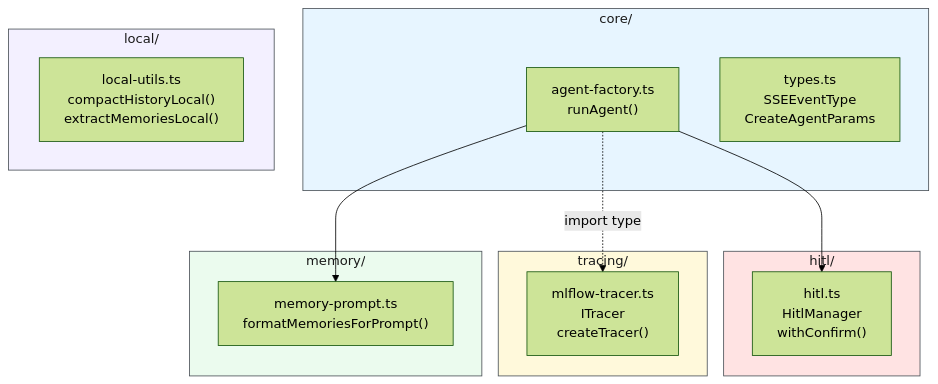
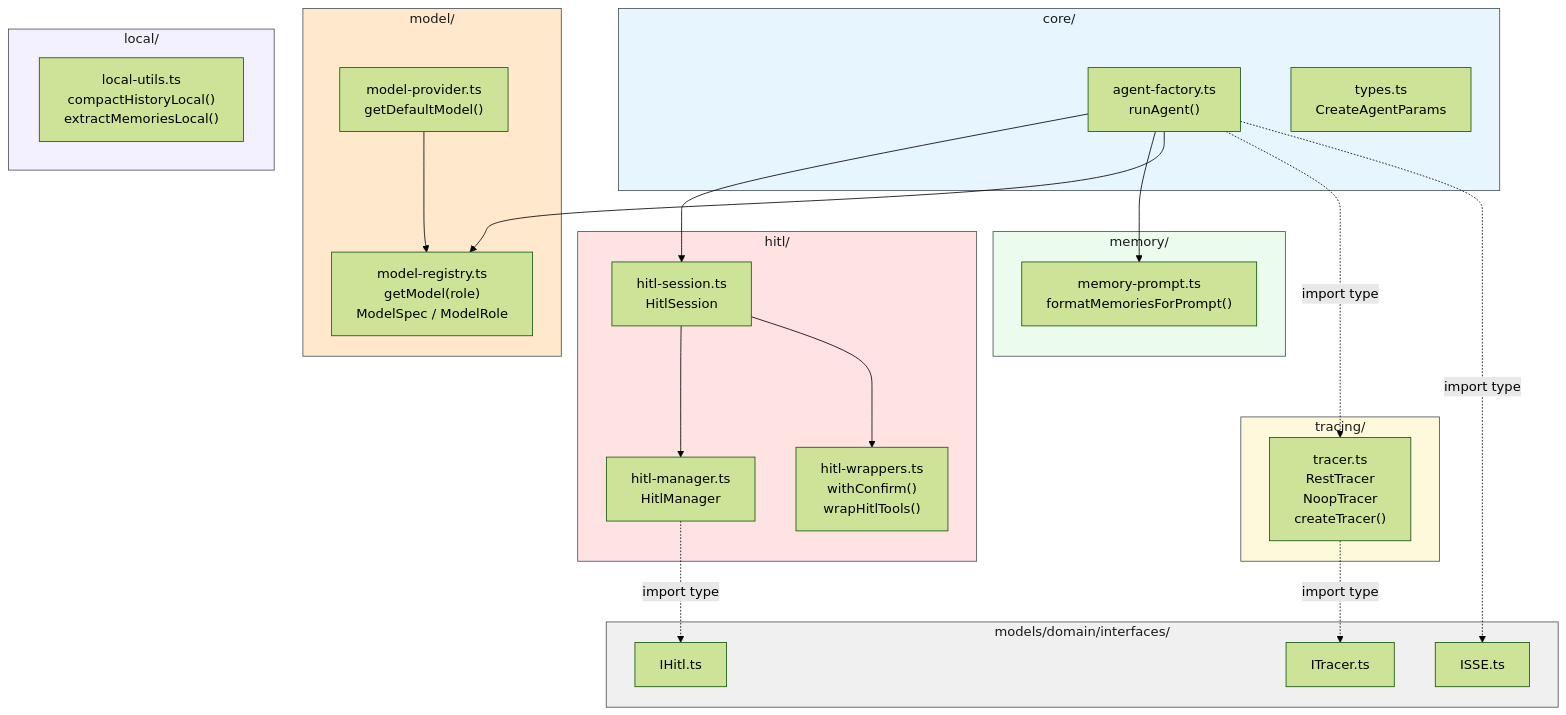
The first of 4 diagrams in src/agent/CLAUDE.md (yjzaaa/leave-approval-agent), drawn with Mermaid (forest theme) before and after one commit. The commit also changed other lines of this file and 26 other files, not shown here.

First line of the commit message:
refactor: agent 层拆分 + 纯类型迁移到 domain + 多模型注册表

````diff
--- a/src/agent/CLAUDE.md
+++ b/src/agent/CLAUDE.md
@@ -30,33 +43,56 @@
 ```mermaid
 graph TD
     subgraph Core["core/"]
         Factory["agent-factory.ts<br/>runAgent()"]
-        Types["types.ts<br/>SSEEventType<br/>CreateAgentParams"]
+        Types["types.ts<br/>CreateAgentParams"]
     end
 
     subgraph Hitl["hitl/"]
-        HitlMgr["hitl.ts<br/>HitlManager<br/>withConfirm()"]
+        HitlMgr["hitl-manager.ts<br/>HitlManager"]
+        HitlSess["hitl-session.ts<br/>HitlSession"]
+        HitlWrap["hitl-wrappers.ts<br/>withConfirm()<br/>wrapHitlTools()"]
     end
 
+    subgraph Model["model/"]
+        ModelReg["model-registry.ts<br/>getModel(role)<br/>ModelSpec / ModelRole"]
+        ModelProv["model-provider.ts<br/>getDefaultModel()"]
+    end
+
+    ModelProv --> ModelReg
+
     subgraph Tracing["tracing/"]
-        Tracer["mlflow-tracer.ts<br/>ITracer<br/>createTracer()"]
+        Tracer["tracer.ts<br/>RestTracer<br/>NoopTracer<br/>createTracer()"]
     end
 
     subgraph Memory["memory/"]
         MemPrompt["memory-prompt.ts<br/>formatMemoriesForPrompt()"]
     end
 
     subgraph Local["local/"]
         LocalUtils["local-utils.ts<br/>compactHistoryLocal()<br/>extractMemoriesLocal()"]
     end
 
-    Factory --> HitlMgr
+    subgraph Domain["models/domain/interfaces/"]
+        ITracer["ITracer.ts"]
+        IHitl["IHitl.ts"]
+        ISSE["ISSE.ts"]
+    end
+
+    Factory --> HitlSess
+    HitlSess --> HitlMgr
+    HitlSess --> HitlWrap
     Factory --> MemPrompt
+    Factory --> ModelReg
     Factory -.->|import type| Tracer
+    Tracer -.->|import type| ITracer
+    HitlMgr -.->|import type| IHitl
+    Factory -.->|import type| ISSE
 
     style Core fill:#e7f5ff,stroke:#495057,color:#1a1a1a
     style Hitl fill:#ffe3e3,stroke:#495057,color:#1a1a1a
     style Tracing fill:#fff9db,stroke:#495057,color:#1a1a1a
+    style Model fill:#ffe8cc,stroke:#495057,color:#1a1a1a
     style Memory fill:#ebfbee,stroke:#495057,color:#1a1a1a
     style Local fill:#f3f0ff,stroke:#495057,color:#1a1a1a
+    style Domain fill:#f0f0f0,stroke:#495057,color:#1a1a1a
 ```
````
